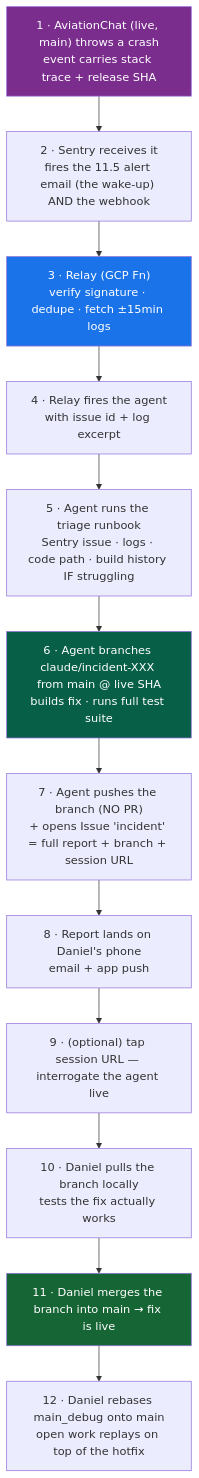
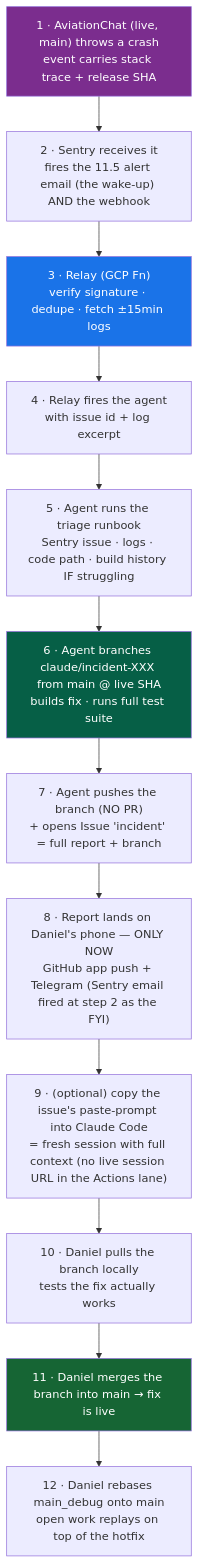
One commit to sudomadhatter/Sudo_Hatter_Command changed the second of 4 diagrams in _my_resources/diagrams_guides/security/sentry_error_response_team.md. Above: the diagram before and after it, drawn with Mermaid. The commit also changed other lines of this file, not shown here.

Commit message:
docs: add visual overview and quick reference for Sentry error-response system

````diff
--- a/_my_resources/diagrams_guides/security/sentry_error_response_team.md
+++ b/_my_resources/diagrams_guides/security/sentry_error_response_team.md
@@ -56,22 +79,22 @@
 ```mermaid
 flowchart TD
     A["1 · AviationChat (live, main) throws a crash<br/>event carries stack trace + release SHA"]
     B["2 · Sentry receives it<br/>fires the 11.5 alert email (the wake-up) AND the webhook"]
     C["3 · Relay (GCP Fn)<br/>verify signature · dedupe · fetch ±15min logs"]
     D["4 · Relay fires the agent<br/>with issue id + log excerpt"]
     E["5 · Agent runs the triage runbook<br/>Sentry issue · logs · code path · build history IF struggling"]
     F["6 · Agent branches claude/incident-XXX from main @ live SHA<br/>builds fix · runs full test suite"]
-    G["7 · Agent pushes the branch (NO PR)<br/>+ opens Issue 'incident' = full report + branch + session URL"]
-    H["8 · Report lands on Daniel's phone<br/>email + app push"]
-    I["9 · (optional) tap session URL — interrogate the agent live"]
+    G["7 · Agent pushes the branch (NO PR)<br/>+ opens Issue 'incident' = full report + branch"]
+    H["8 · Report lands on Daniel's phone — ONLY NOW<br/>GitHub app push + Telegram (Sentry email fired at step 2 as the FYI)"]
+    I["9 · (optional) copy the issue's paste-prompt into Claude Code<br/>= fresh session with full context (no live session URL in the Actions lane)"]
     J["10 · Daniel pulls the branch locally<br/>tests the fix actually works"]
     K["11 · Daniel merges the branch into main → fix is live"]
     L["12 · Daniel rebases main_debug onto main<br/>open work replays on top of the hotfix"]
 
     A --> B --> C --> D --> E --> F --> G --> H --> I --> J --> K --> L
 
     style A fill:#7b2d8e,color:#fff
     style C fill:#1a73e8,color:#fff
     style F fill:#065f46,color:#fff
     style K fill:#166534,color:#fff
 ```
````
